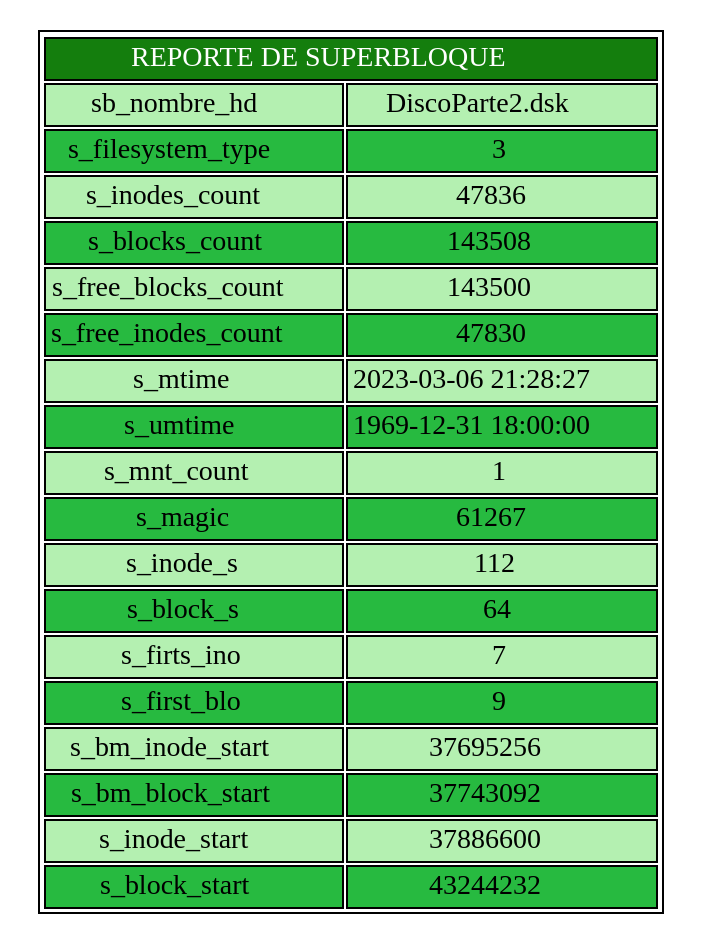
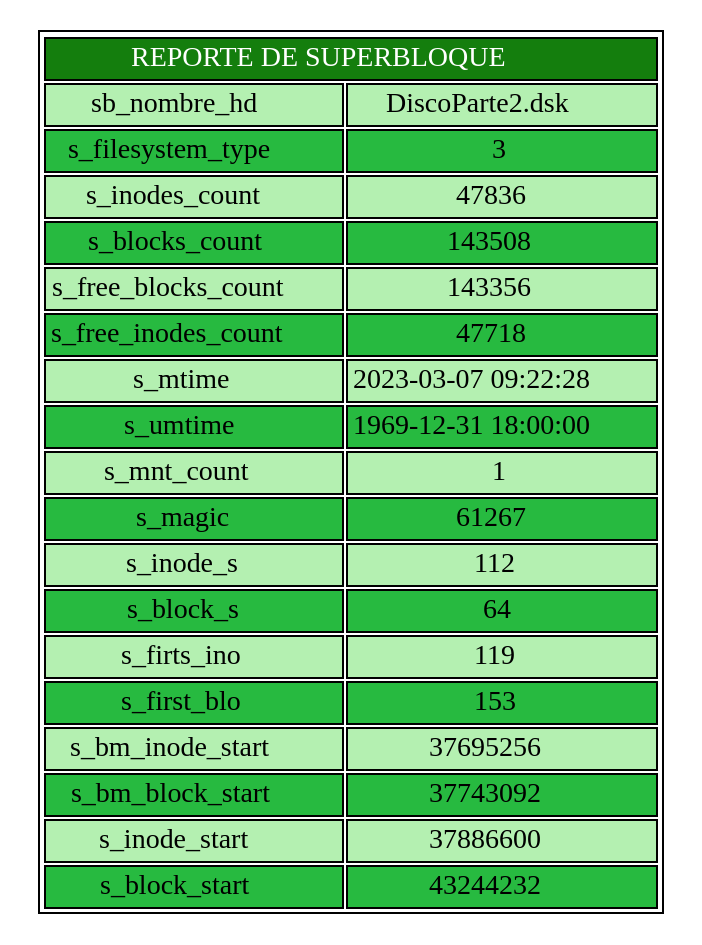
One commit to diegomazariegos2002/_MIA1S2023_PROYECTO1 changed the diagram in Proyecto/cmake-build-debug/rep.dot. Above: the diagram before and after it, drawn with Graphviz. The commit also changed 11 other files, not shown here.

```diff
--- a/Proyecto/cmake-build-debug/rep.dot
+++ b/Proyecto/cmake-build-debug/rep.dot
@@ -1,4 +1,4 @@
 digraph G {
 node[shape=none]
-start[label=<<table><tr><td colspan="2" bgcolor="#147e0d"><font color="white">REPORTE DE SUPERBLOQUE</font></td></tr><tr><td bgcolor="#b4f0b1">sb_nombre_hd</td><td bgcolor="#b4f0b1">DiscoParte2.dsk</td>)</tr><tr><td bgcolor="#27ba40">s_filesystem_type</td><td bgcolor="#27ba40">3</td>)</tr><tr><td bgcolor="#b4f0b1">s_inodes_count</td><td bgcolor="#b4f0b1">47836</td>)</tr><tr><td bgcolor="#27ba40">s_blocks_count</td><td bgcolor="#27ba40">143508</td>)</tr><tr><td bgcolor="#b4f0b1">s_free_blocks_count</td><td bgcolor="#b4f0b1">143500</td>)</tr><tr><td bgcolor="#27ba40">s_free_inodes_count</td><td bgcolor="#27ba40">47830</td>)</tr><tr><td bgcolor="#b4f0b1">s_mtime</td><td bgcolor="#b4f0b1">2023-03-06 21:28:27</td>)</tr><tr><td bgcolor="#27ba40">s_umtime</td><td bgcolor="#27ba40">1969-12-31 18:00:00</td>)</tr><tr><td bgcolor="#b4f0b1">s_mnt_count</td><td bgcolor="#b4f0b1">1</td>)</tr><tr><td bgcolor="#27ba40">s_magic</td><td bgcolor="#27ba40">61267</td>)</tr><tr><td bgcolor="#b4f0b1">s_inode_s</td><td bgcolor="#b4f0b1">112</td>)</tr><tr><td bgcolor="#27ba40">s_block_s</td><td bgcolor="#27ba40">64</td>)</tr><tr><td bgcolor="#b4f0b1">s_firts_ino</td><td bgcolor="#b4f0b1">7</td>)</tr><tr><td bgcolor="#27ba40">s_first_blo</td><td bgcolor="#27ba40">9</td>)</tr><tr><td bgcolor="#b4f0b1">s_bm_inode_start</td><td bgcolor="#b4f0b1">37695256</td>)</tr><tr><td bgcolor="#27ba40">s_bm_block_start</td><td bgcolor="#27ba40">37743092</td>)</tr><tr><td bgcolor="#b4f0b1">s_inode_start</td><td bgcolor="#b4f0b1">37886600</td>)</tr><tr><td bgcolor="#27ba40">s_block_start</td><td bgcolor="#27ba40">43244232</td>)</tr></table>>];
+start[label=<<table><tr><td colspan="2" bgcolor="#147e0d"><font color="white">REPORTE DE SUPERBLOQUE</font></td></tr><tr><td bgcolor="#b4f0b1">sb_nombre_hd</td><td bgcolor="#b4f0b1">DiscoParte2.dsk</td>)</tr><tr><td bgcolor="#27ba40">s_filesystem_type</td><td bgcolor="#27ba40">3</td>)</tr><tr><td bgcolor="#b4f0b1">s_inodes_count</td><td bgcolor="#b4f0b1">47836</td>)</tr><tr><td bgcolor="#27ba40">s_blocks_count</td><td bgcolor="#27ba40">143508</td>)</tr><tr><td bgcolor="#b4f0b1">s_free_blocks_count</td><td bgcolor="#b4f0b1">143356</td>)</tr><tr><td bgcolor="#27ba40">s_free_inodes_count</td><td bgcolor="#27ba40">47718</td>)</tr><tr><td bgcolor="#b4f0b1">s_mtime</td><td bgcolor="#b4f0b1">2023-03-07 09:22:28</td>)</tr><tr><td bgcolor="#27ba40">s_umtime</td><td bgcolor="#27ba40">1969-12-31 18:00:00</td>)</tr><tr><td bgcolor="#b4f0b1">s_mnt_count</td><td bgcolor="#b4f0b1">1</td>)</tr><tr><td bgcolor="#27ba40">s_magic</td><td bgcolor="#27ba40">61267</td>)</tr><tr><td bgcolor="#b4f0b1">s_inode_s</td><td bgcolor="#b4f0b1">112</td>)</tr><tr><td bgcolor="#27ba40">s_block_s</td><td bgcolor="#27ba40">64</td>)</tr><tr><td bgcolor="#b4f0b1">s_firts_ino</td><td bgcolor="#b4f0b1">119</td>)</tr><tr><td bgcolor="#27ba40">s_first_blo</td><td bgcolor="#27ba40">153</td>)</tr><tr><td bgcolor="#b4f0b1">s_bm_inode_start</td><td bgcolor="#b4f0b1">37695256</td>)</tr><tr><td bgcolor="#27ba40">s_bm_block_start</td><td bgcolor="#27ba40">37743092</td>)</tr><tr><td bgcolor="#b4f0b1">s_inode_start</td><td bgcolor="#b4f0b1">37886600</td>)</tr><tr><td bgcolor="#27ba40">s_block_start</td><td bgcolor="#27ba40">43244232</td>)</tr></table>>];
 }
```
